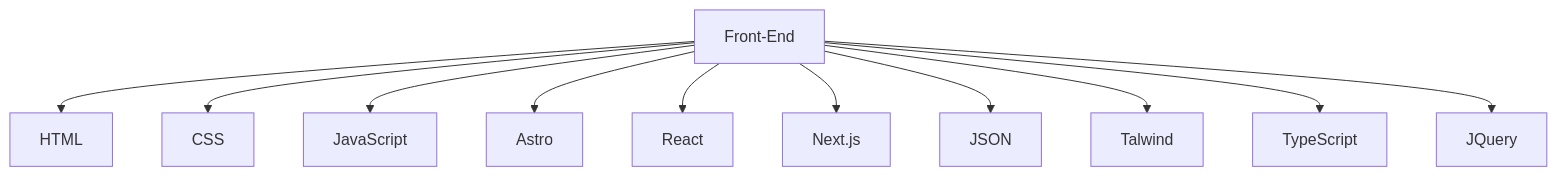
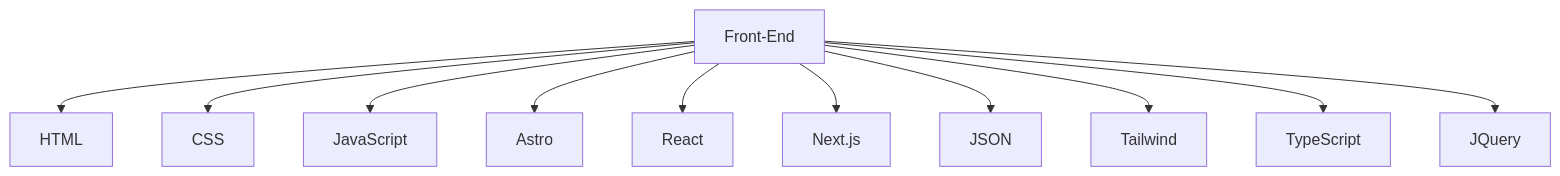
Before and after one commit to luciabz/luciabz: the diagram in README.md, drawn with Mermaid. The commit also changed other lines of this file, not shown here.

First line of the commit message:
Fix typo in Front-End technologies list

````diff
--- a/README.md
+++ b/README.md
@@ -32,13 +32,13 @@
 ```mermaid
 graph TD;
     Front-End-->HTML;
     Front-End-->CSS;
     Front-End-->JavaScript;
     Front-End-->Astro;
     Front-End-->React;
     Front-End-->Next.js;
     Front-End-->JSON;
-    Front-End-->Talwind;
+    Front-End-->Tailwind;
     Front-End-->TypeScript;
     Front-End-->JQuery;
 ```
````
